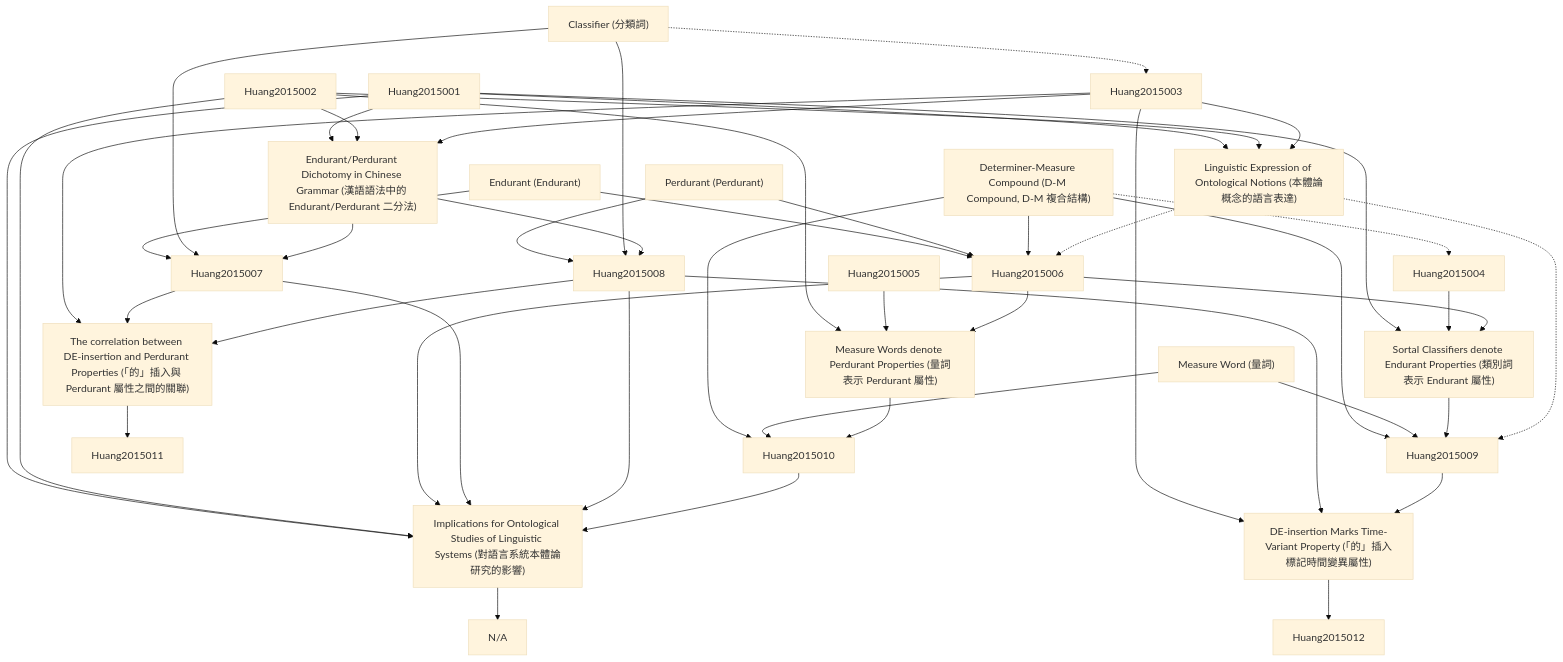
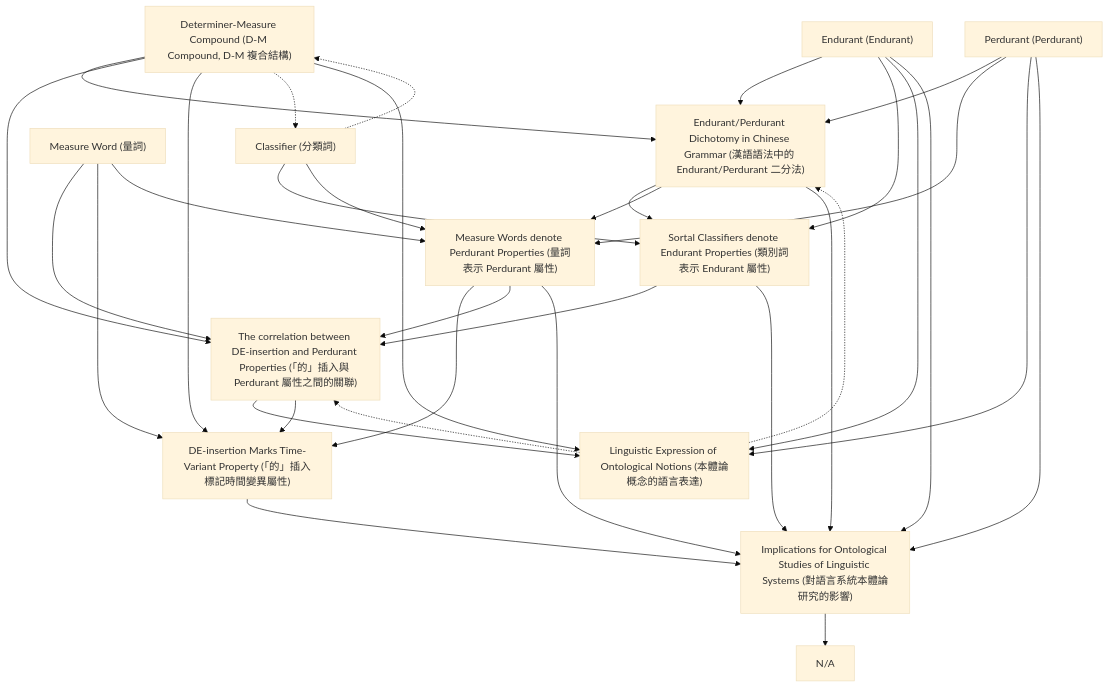
The diagram in output/zettelkasten_notes/zettel_Huang-2015_20251104/zettel_index.md (SCgeeker/Claude_Journal_Club_Agents), drawn with Mermaid (base theme) before and after one commit. The commit also changed 776 other files, not shown here.

```diff
--- a/output/zettelkasten_notes/zettel_Huang-2015_20251104/zettel_index.md
+++ b/output/zettelkasten_notes/zettel_Huang-2015_20251104/zettel_index.md
@@ -116,95 +116,72 @@
 
     Huang-2015-012["Implications for Ontological Studies of Linguistic Systems (對語言系統本體論研究的影響)"]
 
-    Huang-2015-001 --> Huang2015006
+    Huang-2015-001 --> Huang-2015-006
 
-    Huang-2015-001 --> Huang2015007
+    Huang-2015-001 --> Huang-2015-007
 
-    Huang-2015-002 --> Huang2015006
+    Huang-2015-002 --> Huang-2015-006
 
-    Huang-2015-002 --> Huang2015008
+    Huang-2015-002 --> Huang-2015-008
 
-    Huang-2015-003 --> Huang2015006
+    Huang-2015-003 --> Huang-2015-006
 
-    Huang-2015-003 --> Huang2015009
+    Huang-2015-003 --> Huang-2015-009
 
-    Huang-2015-003 --> Huang2015010
+    Huang-2015-003 --> Huang-2015-010
 
-    Huang-2015-003 -.-> Huang2015004
+    Huang-2015-003 -.-> Huang-2015-004
 
-    Huang-2015-004 --> Huang2015007
+    Huang-2015-004 --> Huang-2015-007
 
-    Huang-2015-004 --> Huang2015008
+    Huang-2015-004 --> Huang-2015-008
 
-    Huang-2015-004 -.-> Huang2015003
+    Huang-2015-004 -.-> Huang-2015-003
 
-    Huang-2015-005 --> Huang2015009
+    Huang-2015-005 --> Huang-2015-009
 
-    Huang-2015-005 --> Huang2015010
+    Huang-2015-005 --> Huang-2015-010
 
-    Huang2015001 --> Huang-2015-006
+    Huang-2015-006 --> Huang-2015-007
 
-    Huang2015002 --> Huang-2015-006
+    Huang-2015-006 --> Huang-2015-008
 
-    Huang2015003 --> Huang-2015-006
+    Huang-2015-007 --> Huang-2015-009
 
-    Huang-2015-006 --> Huang2015007
 
-    Huang-2015-006 --> Huang2015008
+    Huang-2015-005 --> Huang-2015-008
 
-    Huang2015001 --> Huang-2015-007
 
-    Huang2015004 --> Huang-2015-007
+    Huang-2015-008 --> Huang-2015-010
 
-    Huang2015006 --> Huang-2015-007
+    Huang-2015-008 --> Huang-2015-009
 
-    Huang-2015-007 --> Huang2015009
+    Huang-2015-009 --> Huang-2015-011
 
-    Huang2015002 --> Huang-2015-008
+    Huang-2015-009 --> Huang-2015-010
 
-    Huang2015005 --> Huang-2015-008
+    Huang-2015-010 --> Huang-2015-012
 
-    Huang2015006 --> Huang-2015-008
+    Huang-2015-001 --> Huang-2015-011
 
-    Huang-2015-008 --> Huang2015010
+    Huang-2015-002 --> Huang-2015-011
 
-    Huang2015003 --> Huang-2015-009
+    Huang-2015-003 --> Huang-2015-011
 
-    Huang2015007 --> Huang-2015-009
+    Huang-2015-011 -.-> Huang-2015-006
 
-    Huang2015008 --> Huang-2015-009
+    Huang-2015-011 -.-> Huang-2015-009
 
-    Huang-2015-009 --> Huang2015011
+    Huang-2015-001 --> Huang-2015-012
 
-    Huang2015003 --> Huang-2015-010
+    Huang-2015-002 --> Huang-2015-012
 
-    Huang2015008 --> Huang-2015-010
+    Huang-2015-006 --> Huang-2015-012
 
-    Huang2015009 --> Huang-2015-010
+    Huang-2015-007 --> Huang-2015-012
 
-    Huang-2015-010 --> Huang2015012
+    Huang-2015-008 --> Huang-2015-012
 
-    Huang2015001 --> Huang-2015-011
-
-    Huang2015002 --> Huang-2015-011
-
-    Huang2015003 --> Huang-2015-011
-
-    Huang-2015-011 -.-> Huang2015006
-
-    Huang-2015-011 -.-> Huang2015009
-
-    Huang2015001 --> Huang-2015-012
-
-    Huang2015002 --> Huang-2015-012
-
-    Huang2015006 --> Huang-2015-012
-
-    Huang2015007 --> Huang-2015-012
-
-    Huang2015008 --> Huang-2015-012
-
-    Huang2015010 --> Huang-2015-012
 
     Huang-2015-012 --> N/A
 
```
